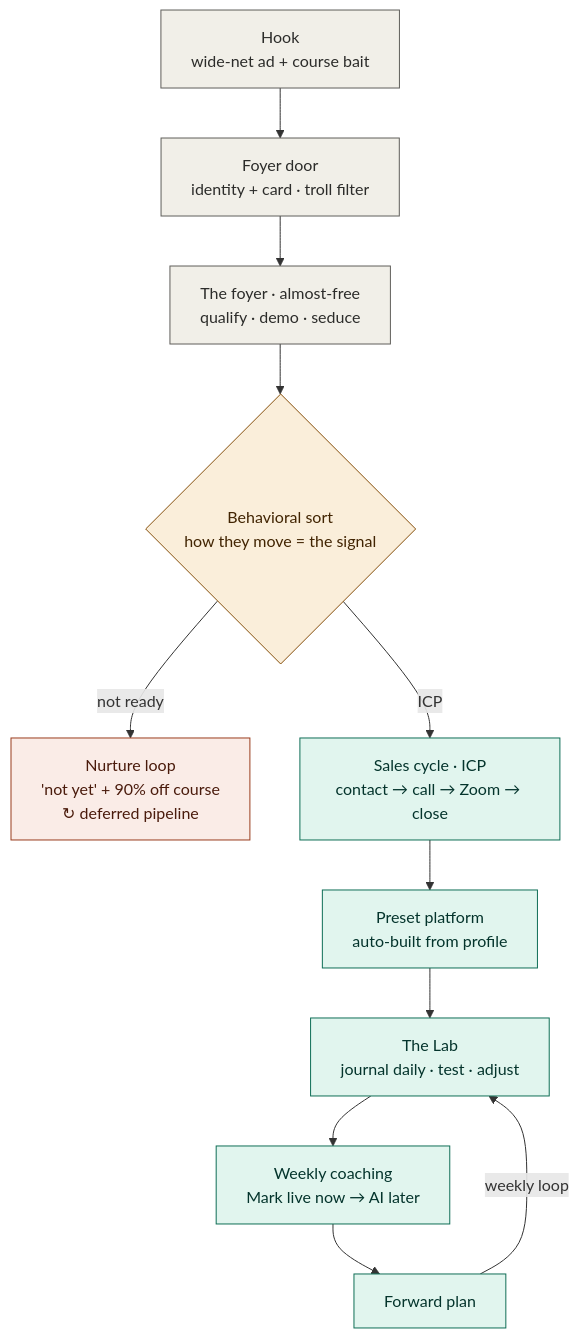
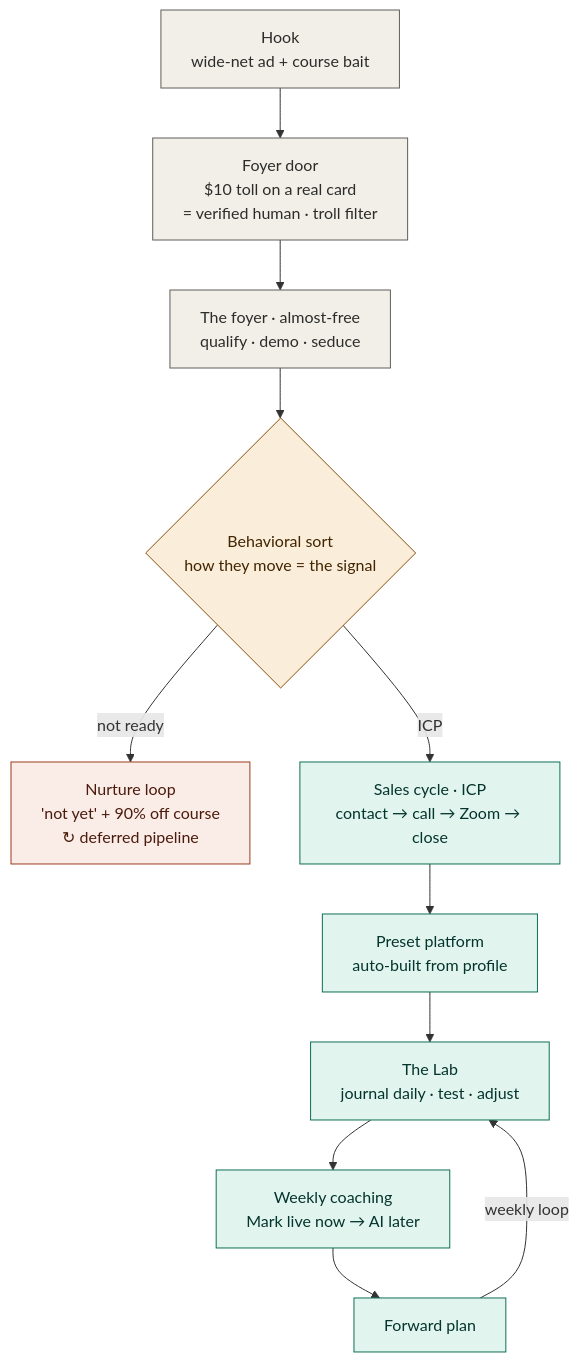
Before and after one commit to bionicbutterflyai/bionicbutterfly-goldmine: the diagram in knowledge/master_journey_flow.md, drawn with Mermaid. The commit also changed other lines of this file and 27 other files, not shown here.

````diff
--- a/knowledge/master_journey_flow.md
+++ b/knowledge/master_journey_flow.md
@@ -48,24 +51,24 @@
 ```mermaid
 flowchart TD
     H[Hook<br/>wide-net ad + course bait]:::funnel
-    D[Foyer door<br/>identity + card · troll filter]:::funnel
+    D[Foyer door<br/>$10 toll on a real card<br/>= verified human · troll filter]:::funnel
     F[The foyer · almost-free<br/>qualify · demo · seduce]:::funnel
     S{Behavioral sort<br/>how they move = the signal}:::gate
     N[Nurture loop<br/>'not yet' + 90% off course<br/>↻ deferred pipeline]:::defer
     C[Sales cycle · ICP<br/>contact → call → Zoom → close]:::prog
     P[Preset platform<br/>auto-built from profile]:::prog
     L[The Lab<br/>journal daily · test · adjust]:::prog
     W[Weekly coaching<br/>Mark live now → AI later]:::prog
     R[Forward plan]:::prog
 
     H --> D --> F --> S
     S -->|not ready| N
     S -->|ICP| C
     C --> P --> L --> W --> R
     R -->|weekly loop| L
 
     classDef funnel fill:#F1EFE8,stroke:#5F5E5A,color:#2C2C2A;
     classDef gate   fill:#FAEEDA,stroke:#854F0B,color:#412402;
     classDef defer  fill:#FAECE7,stroke:#993C1D,color:#4A1B0C;
     classDef prog   fill:#E1F5EE,stroke:#0F6E56,color:#04342C;
 ```
````
